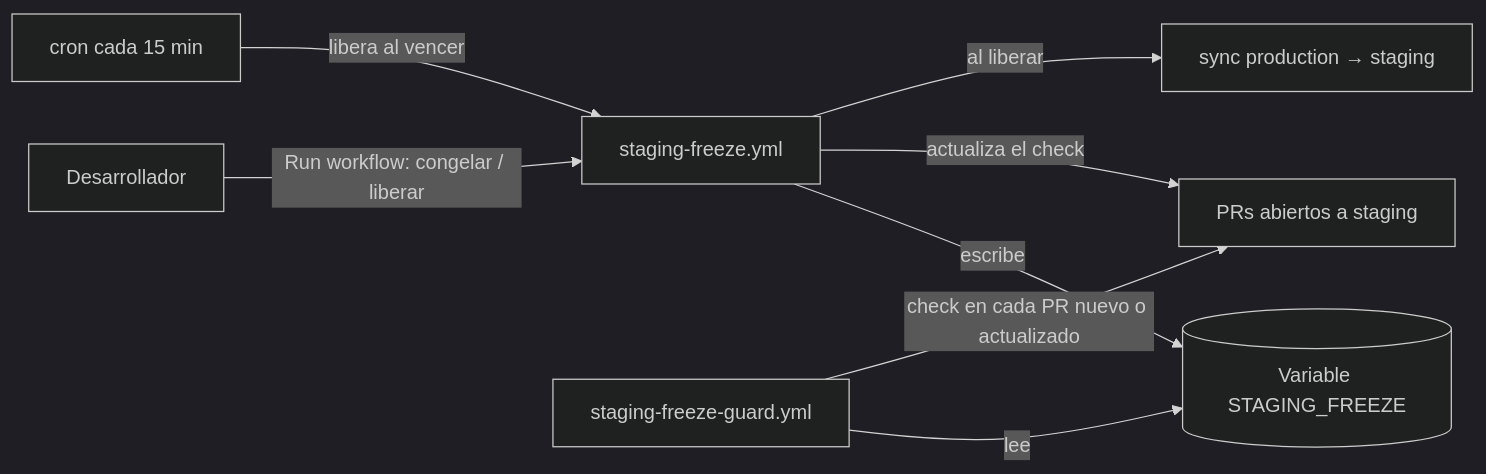
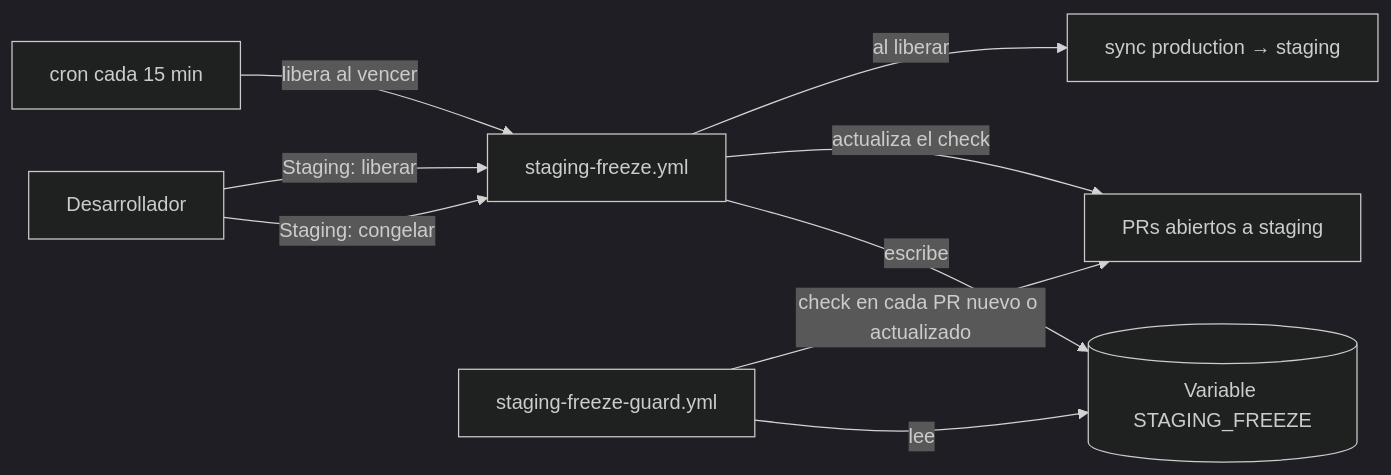
Before and after one commit to mrueda261/staging-freeze: the diagram in README.md, drawn with Mermaid (dark theme). The commit also changed other lines of this file and 3 other files, not shown here.

Commit message:
[IMP] staging-freeze: split into freeze and release buttons

````diff
--- a/README.md
+++ b/README.md
@@ -26,10 +26,11 @@
 ```mermaid
 flowchart LR
-    U[Desarrollador] -->|Run workflow: congelar / liberar| T[staging-freeze.yml]
+    U[Desarrollador] -->|Staging: congelar| T[staging-freeze.yml]
+    U -->|Staging: liberar| T
     T -->|escribe| V[(Variable STAGING_FREEZE)]
     T -->|actualiza el check| P[PRs abiertos a staging]
     G[staging-freeze-guard.yml] -->|lee| V
     G -->|check en cada PR nuevo o actualizado| P
     C[cron cada 15 min] -->|libera al vencer| T
     T -->|al liberar| S[sync production → staging]
 ```
````
